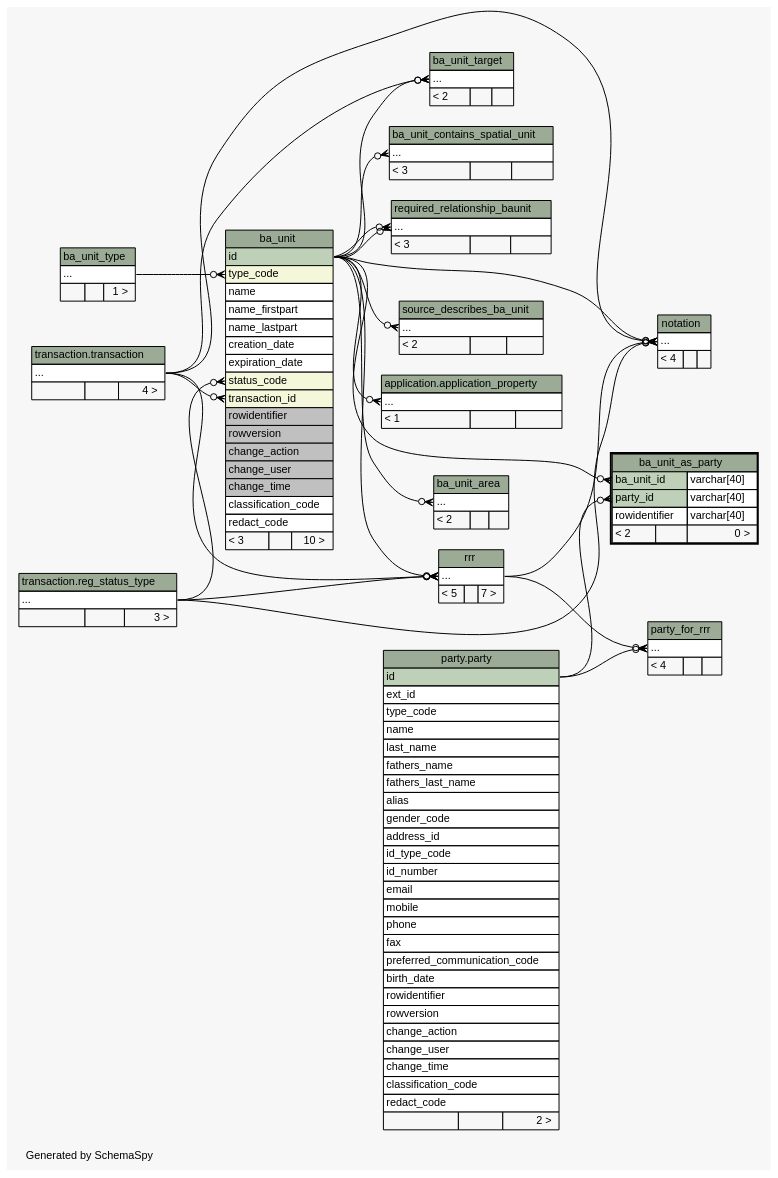
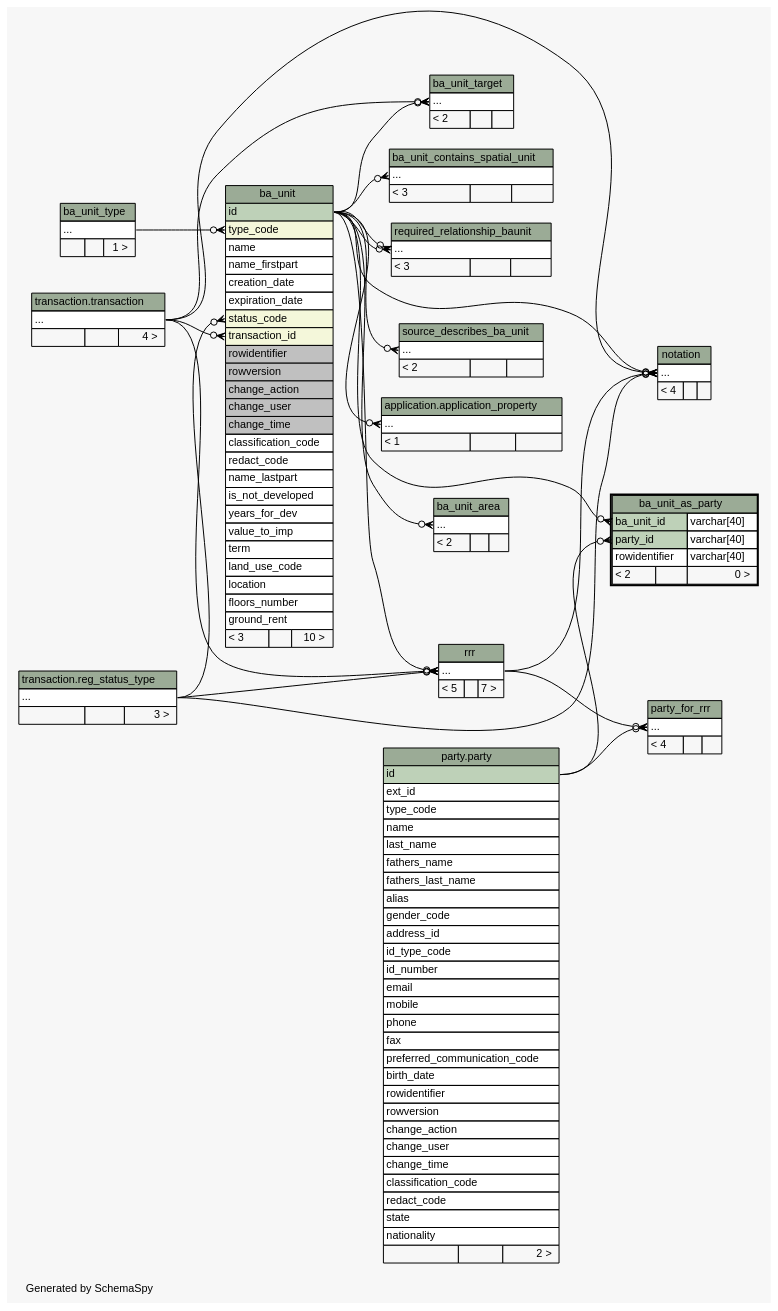
Before and after one commit to SOLA-SR-FAO/database: the diagram in doc/administrative/diagrams/ba_unit_as_party.2degrees.dot, drawn with Graphviz. The commit also changed 592 other files, not shown here.

```diff
--- a/doc/administrative/diagrams/ba_unit_as_party.2degrees.dot
+++ b/doc/administrative/diagrams/ba_unit_as_party.2degrees.dot
@@ -59,7 +59,6 @@
       <TR><TD PORT="type_code" COLSPAN="3" BGCOLOR="#f4f7da" ALIGN="LEFT">type_code</TD></TR>
       <TR><TD PORT="name" COLSPAN="3" ALIGN="LEFT">name</TD></TR>
       <TR><TD PORT="name_firstpart" COLSPAN="3" ALIGN="LEFT">name_firstpart</TD></TR>
-      <TR><TD PORT="name_lastpart" COLSPAN="3" ALIGN="LEFT">name_lastpart</TD></TR>
       <TR><TD PORT="creation_date" COLSPAN="3" ALIGN="LEFT">creation_date</TD></TR>
       <TR><TD PORT="expiration_date" COLSPAN="3" ALIGN="LEFT">expiration_date</TD></TR>
       <TR><TD PORT="status_code" COLSPAN="3" BGCOLOR="#f4f7da" ALIGN="LEFT">status_code</TD></TR>
@@ -71,6 +70,15 @@
       <TR><TD PORT="change_time" COLSPAN="3" BGCOLOR="#c0c0c0" ALIGN="LEFT">change_time</TD></TR>
       <TR><TD PORT="classification_code" COLSPAN="3" ALIGN="LEFT">classification_code</TD></TR>
       <TR><TD PORT="redact_code" COLSPAN="3" ALIGN="LEFT">redact_code</TD></TR>
+      <TR><TD PORT="name_lastpart" COLSPAN="3" ALIGN="LEFT">name_lastpart</TD></TR>
+      <TR><TD PORT="is_not_developed" COLSPAN="3" ALIGN="LEFT">is_not_developed</TD></TR>
+      <TR><TD PORT="years_for_dev" COLSPAN="3" ALIGN="LEFT">years_for_dev</TD></TR>
+      <TR><TD PORT="value_to_imp" COLSPAN="3" ALIGN="LEFT">value_to_imp</TD></TR>
+      <TR><TD PORT="term" COLSPAN="3" ALIGN="LEFT">term</TD></TR>
+      <TR><TD PORT="land_use_code" COLSPAN="3" ALIGN="LEFT">land_use_code</TD></TR>
+      <TR><TD PORT="location" COLSPAN="3" ALIGN="LEFT">location</TD></TR>
+      <TR><TD PORT="floors_number" COLSPAN="3" ALIGN="LEFT">floors_number</TD></TR>
+      <TR><TD PORT="ground_rent" COLSPAN="3" ALIGN="LEFT">ground_rent</TD></TR>
       <TR><TD ALIGN="LEFT" BGCOLOR="#f7f7f7">&lt; 3</TD><TD ALIGN="RIGHT" BGCOLOR="#f7f7f7">  </TD><TD ALIGN="RIGHT" BGCOLOR="#f7f7f7">10 &gt;</TD></TR>
     </TABLE>>
     URL="ba_unit.html"
@@ -167,6 +175,8 @@
       <TR><TD PORT="change_time" COLSPAN="3" ALIGN="LEFT">change_time</TD></TR>
       <TR><TD PORT="classification_code" COLSPAN="3" ALIGN="LEFT">classification_code</TD></TR>
       <TR><TD PORT="redact_code" COLSPAN="3" ALIGN="LEFT">redact_code</TD></TR>
+      <TR><TD PORT="state" COLSPAN="3" ALIGN="LEFT">state</TD></TR>
+      <TR><TD PORT="nationality" COLSPAN="3" ALIGN="LEFT">nationality</TD></TR>
       <TR><TD ALIGN="LEFT" BGCOLOR="#f7f7f7">  </TD><TD ALIGN="RIGHT" BGCOLOR="#f7f7f7">  </TD><TD ALIGN="RIGHT" BGCOLOR="#f7f7f7">2 &gt;</TD></TR>
     </TABLE>>
     URL="../../party/tables/party.html"
```
